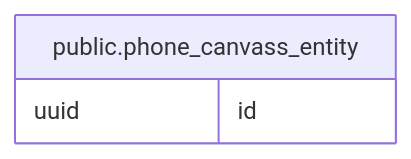
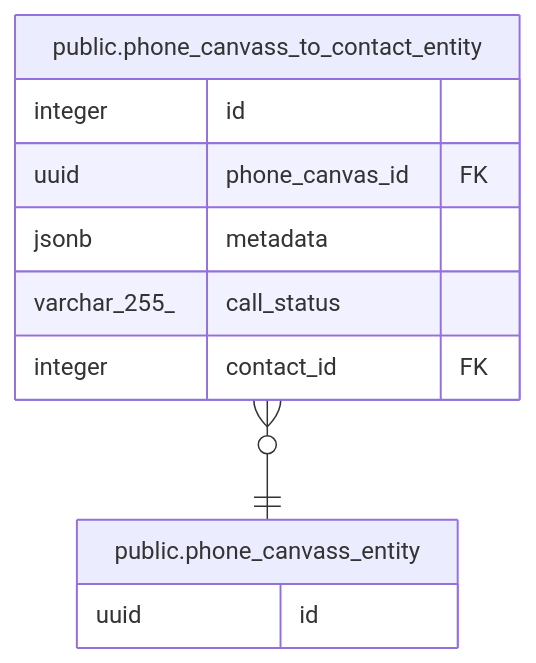
One commit to gpo/grassroots changed the diagram in doc/schema/public.phone_canvass_entity.md. Above: the diagram before and after it, drawn with Mermaid. The commit also changed other lines of this file and 6 other files, not shown here.

````diff
--- a/doc/schema/public.phone_canvass_entity.md
+++ b/doc/schema/public.phone_canvass_entity.md
@@ -25,8 +25,16 @@
 ```mermaid
 erDiagram
 
+"public.phone_canvass_to_contact_entity" }o--|| "public.phone_canvass_entity" : ""
 
 "public.phone_canvass_entity" {
   uuid id
 }
+"public.phone_canvass_to_contact_entity" {
+  integer id
+  uuid phone_canvas_id FK
+  jsonb metadata
+  varchar_255_ call_status
+  integer contact_id FK
+}
 ```
````
